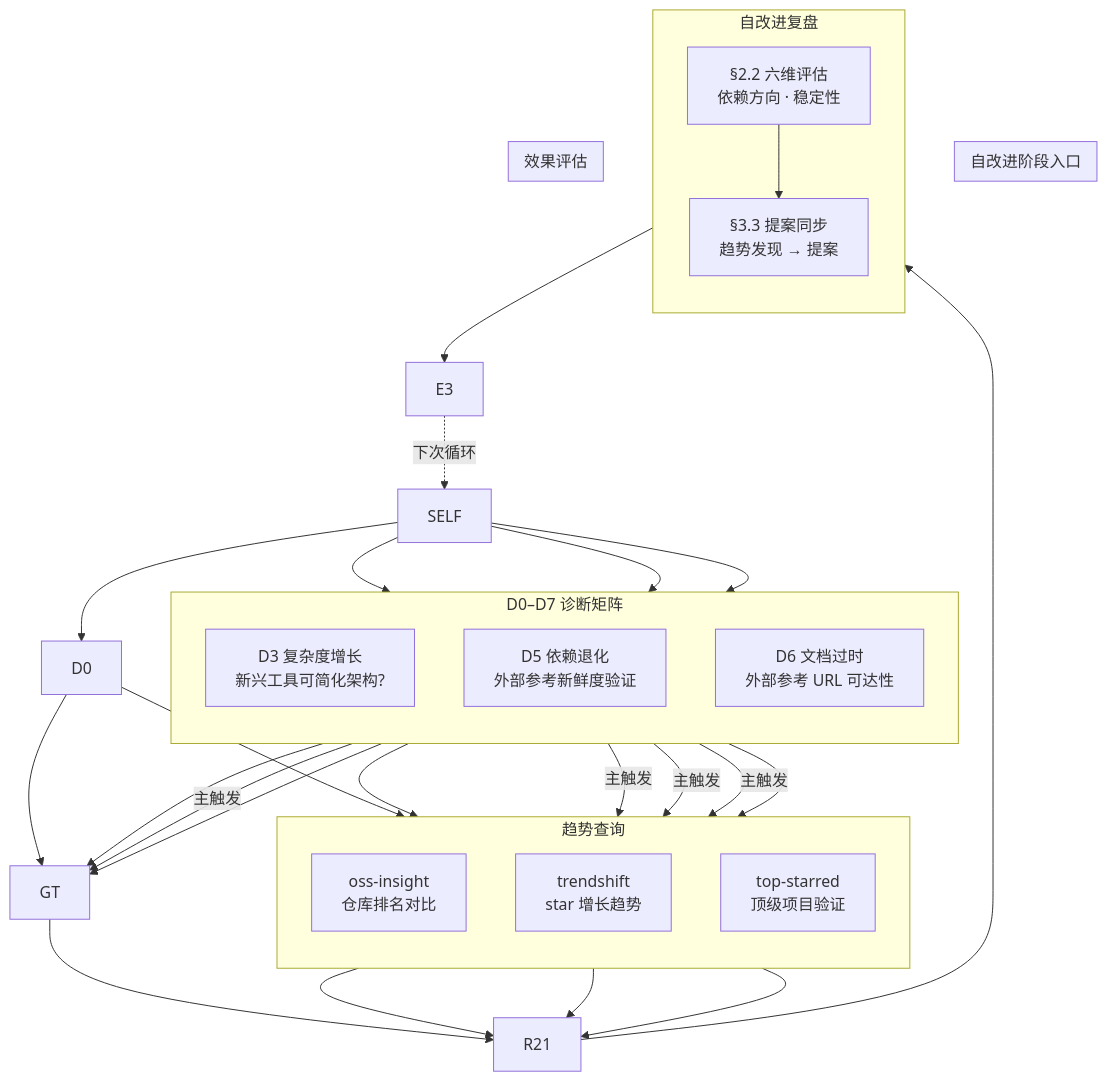
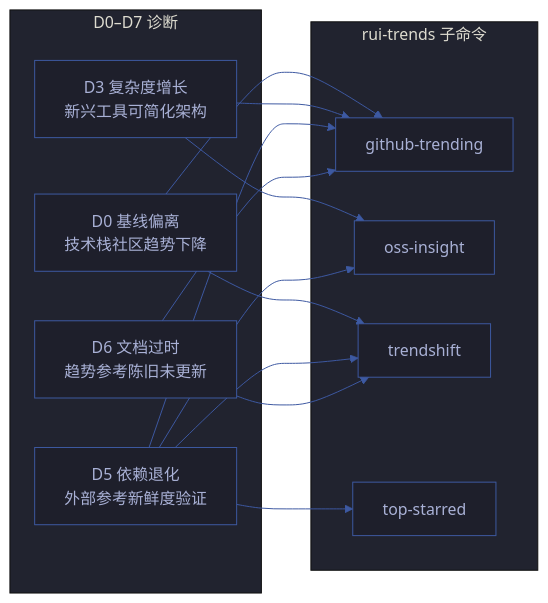
Before and after one commit to effiy/YrY: the second of 5 diagrams in skills/rui-trends/SKILL.md, drawn with Mermaid. The commit also changed other lines of this file and 341 other files, not shown here.

````diff
--- a/skills/rui-trends/SKILL.md
+++ b/skills/rui-trends/SKILL.md
@@ -177,43 +133,29 @@
 ```mermaid
-flowchart TB
-    subgraph 触发["自改进阶段入口"]
-        direction TB
+%%{init: {'theme': 'base', 'themeVariables': {
+  'primaryColor': '#1e1f2b',
+  'primaryTextColor': '#a9b1d6',
+  'primaryBorderColor': '#3d59a1',
+  'lineColor': '#3d59a1',
+  'secondaryColor': '#2b2d3b',
+  'tertiaryColor': '#21232f'
+}}}%%
+flowchart LR
+    subgraph 诊断["D0–D7 诊断"]
+        D0["D0 基线偏离<br/>技术栈社区趋势下降"]
+        D3["D3 复杂度增长<br/>新兴工具可简化架构"]
+        D5["D5 依赖退化<br/>外部参考新鲜度验证"]
+        D6["D6 文档过时<br/>趋势参考陈旧未更新"]
     end
 
-    subgraph 诊断["D0–D7 诊断矩阵"]
-        direction TB
-        D3["D3 复杂度增长<br/>新兴工具可简化架构?"]:::diag
-        D5["D5 依赖退化<br/>外部参考新鲜度验证"]:::diag
-        D6["D6 文档过时<br/>外部参考 URL 可达性"]:::diag
+    subgraph 查询["rui-trends 子命令"]
+        GT["github-trending"]
+        OI["oss-insight"]
+        TS["trendshift"]
+        TSR["top-starred"]
     end
 
-    subgraph 查询["趋势查询"]
-        direction TB
-        OI["oss-insight<br/>仓库排名对比"]:::action
-        TS["trendshift<br/>star 增长趋势"]:::action
-        TSR["top-starred<br/>顶级项目验证"]:::action
-    end
-
-    subgraph 输出["自改进复盘"]
-        direction TB
-        R22["§2.2 六维评估<br/>依赖方向 · 稳定性"]:::out
-        R33["§3.3 提案同步<br/>趋势发现 → 提案"]:::out
-    end
-
-    subgraph 评估["效果评估"]
-        direction TB
-    end
-
-    SELF --> D0 & D3 & D5 & D6
     D0 --> GT & TS
     D3 --> GT & OI
-    D5 -->|"主触发"| GT & OI & TS & TSR
+    D5 --> GT & OI & TS & TSR
     D6 --> GT & TS
-    GT & OI & TS & TSR --> R21
-    R21 --> R22
-    R22 --> R33
-    R33 --> E3
-    E3 -.->|"下次循环"| SELF
-
-
 ```
````
